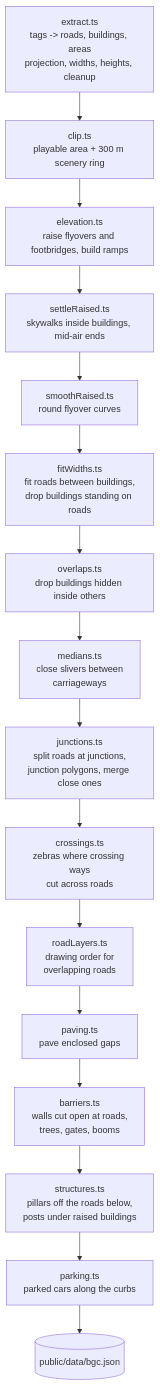
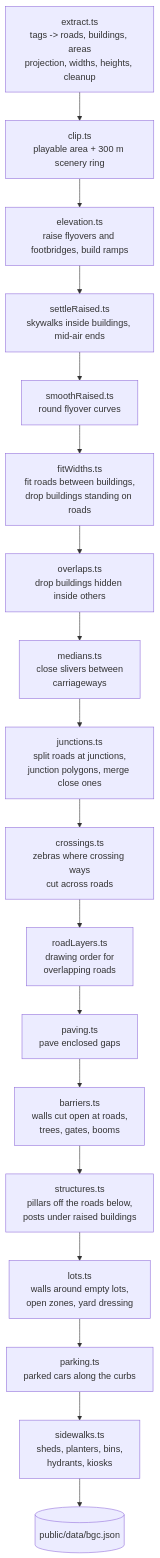
One commit to ajs0905/drive-thru-mnl changed the second of 5 diagrams in docs/ARCHITECTURE.md. Above: the diagram before and after it, drawn with Mermaid. The commit also changed other lines of this file and 33 other files, not shown here.

Commit message:
close off empty lots with hoarding, lot walls and hedges, open a park, a sports field and a parking yard, and add solid sidewalk furniture

````diff
--- a/docs/ARCHITECTURE.md
+++ b/docs/ARCHITECTURE.md
@@ -105,18 +105,20 @@
 ```mermaid
 flowchart TD
   A[extract.ts<br/>tags -> roads, buildings, areas<br/>projection, widths, heights, cleanup] --> B[clip.ts<br/>playable area + 300 m scenery ring]
   B --> C[elevation.ts<br/>raise flyovers and footbridges, build ramps]
   C --> D[settleRaised.ts<br/>skywalks inside buildings, mid-air ends]
   D --> R[smoothRaised.ts<br/>round flyover curves]
   R --> E[fitWidths.ts<br/>fit roads between buildings,<br/>drop buildings standing on roads]
   E --> O[overlaps.ts<br/>drop buildings hidden inside others]
   O --> M[medians.ts<br/>close slivers between<br/>carriageways]
   M --> G[junctions.ts<br/>split roads at junctions,<br/>junction polygons, merge close ones]
   G --> H[crossings.ts<br/>zebras where crossing ways<br/>cut across roads]
   H --> L[roadLayers.ts<br/>drawing order for<br/>overlapping roads]
   L --> P[paving.ts<br/>pave enclosed gaps]
   P --> X[barriers.ts<br/>walls cut open at roads,<br/>trees, gates, booms]
   X --> S[structures.ts<br/>pillars off the roads below,<br/>posts under raised buildings]
-  S --> K[parking.ts<br/>parked cars along the curbs]
-  K --> F[(public/data/bgc.json)]
+  S --> LT[lots.ts<br/>walls around empty lots,<br/>open zones, yard dressing]
+  LT --> K[parking.ts<br/>parked cars along the curbs]
+  K --> SW[sidewalks.ts<br/>sheds, planters, bins,<br/>hydrants, kiosks]
+  SW --> F[(public/data/bgc.json)]
 ```
````
